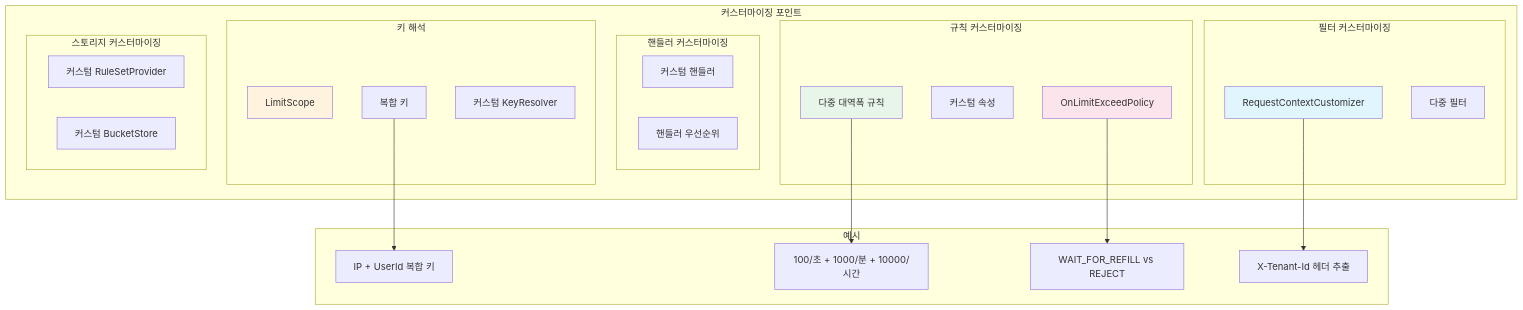
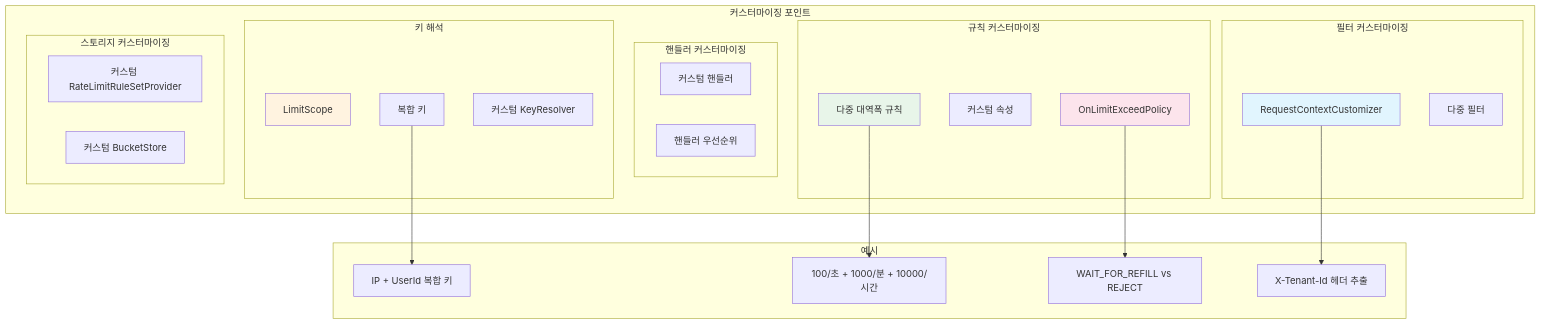
The third of 11 diagrams in docs/ko/architecture/README.ko.md (OpenFluxGate/fluxgate), drawn with Mermaid before and after one commit. The commit also changed other lines of this file and 33 other files, not shown here.

Commit message:
docs: 0.4 README, CHANGELOG, migration guide and architecture docs (EN/KO)

````diff
--- a/docs/ko/architecture/README.ko.md
+++ b/docs/ko/architecture/README.ko.md
@@ -183,48 +193,48 @@
 ```mermaid
 flowchart TB
     subgraph Customization["커스터마이징 포인트"]
         subgraph FilterCustom["필터 커스터마이징"]
             RC[RequestContextCustomizer]
             MF[다중 필터]
         end
 
         subgraph HandlerCustom["핸들러 커스터마이징"]
             CH[커스텀 핸들러]
             HP[핸들러 우선순위]
         end
 
         subgraph KeyCustom["키 해석"]
             LS[LimitScope]
             CK[복합 키]
             CKR[커스텀 KeyResolver]
         end
 
         subgraph RuleCustom["규칙 커스터마이징"]
             MB[다중 대역폭 규칙]
             ATTR[커스텀 속성]
             POL[OnLimitExceedPolicy]
         end
 
         subgraph StorageCustom["스토리지 커스터마이징"]
-            CS[커스텀 RuleSetProvider]
+            CS[커스텀 RateLimitRuleSetProvider]
             CBS[커스텀 BucketStore]
         end
     end
 
     subgraph Examples["예시"]
         E1["IP + UserId 복합 키"]
         E2["100/초 + 1000/분 + 10000/시간"]
         E3["WAIT_FOR_REFILL vs REJECT"]
         E4["X-Tenant-Id 헤더 추출"]
     end
 
     RC --> E4
     CK --> E1
     MB --> E2
     POL --> E3
 
     style RC fill:#e1f5fe
     style LS fill:#fff3e0
     style MB fill:#e8f5e9
     style POL fill:#fce4ec
 ```
````
